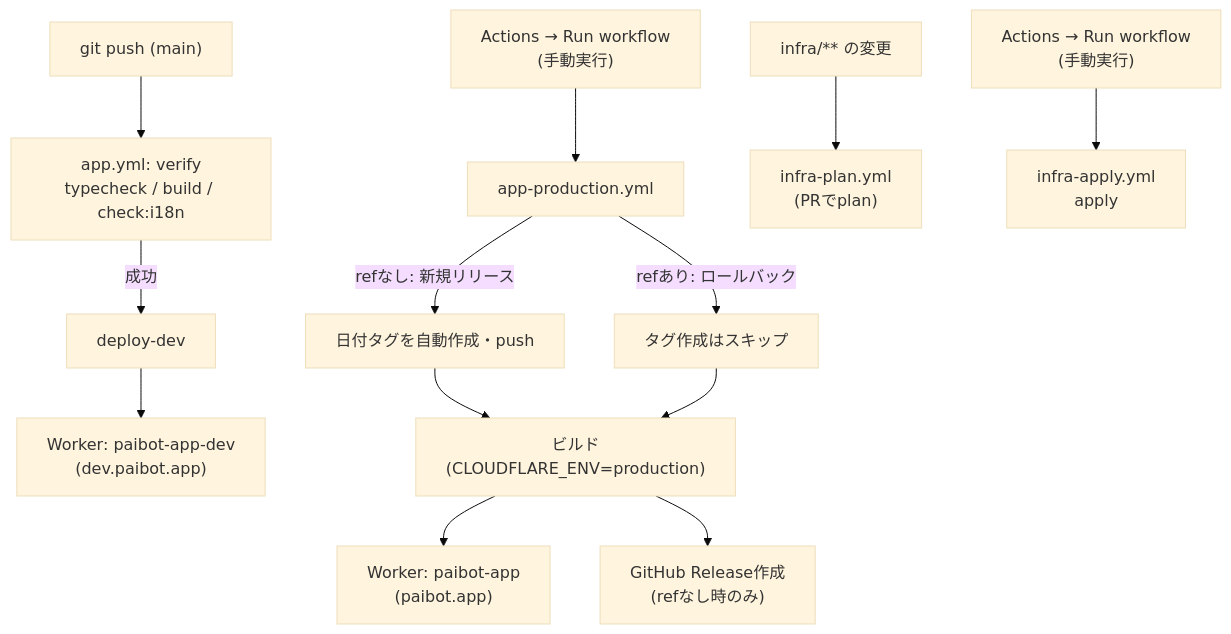
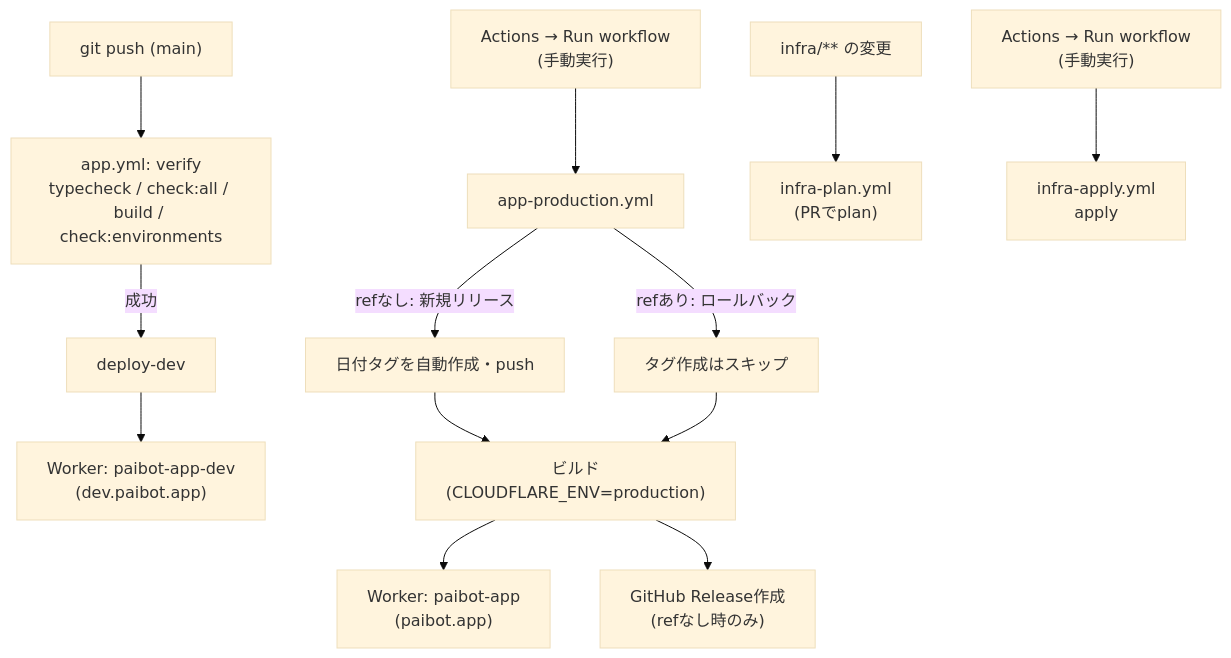
The second of 2 diagrams in docs/architecture.md (paibot-hq/paibot-app), drawn with Mermaid (base theme) before and after one commit. The commit also changed other lines of this file and 24 other files, not shown here.

First line of the commit message:
Run standalone checks through check:all and derive smoke expectations

````diff
--- a/docs/architecture.md
+++ b/docs/architecture.md
@@ -64,17 +64,17 @@
 ```mermaid
 flowchart TD
-    Push["git push (main)"] --> Verify["app.yml: verify\ntypecheck / build / check:i18n"]
+    Push["git push (main)"] --> Verify["app.yml: verify\ntypecheck / check:all / build / check:environments"]
     Verify -- 成功 --> DeployDev["deploy-dev"]
     DeployDev --> WorkerDev["Worker: paibot-app-dev\n(dev.paibot.app)"]
 
     Manual["Actions → Run workflow\n(手動実行)"] --> ProdJob["app-production.yml"]
     ProdJob -- "refなし: 新規リリース" --> Tag["日付タグを自動作成・push"]
     ProdJob -- "refあり: ロールバック" --> Skip["タグ作成はスキップ"]
     Tag --> BuildProd["ビルド(CLOUDFLARE_ENV=production)"]
     Skip --> BuildProd
     BuildProd --> WorkerProd["Worker: paibot-app\n(paibot.app)"]
     BuildProd --> Release["GitHub Release作成\n(refなし時のみ)"]
 
     InfraPush["infra/** の変更"] --> InfraPlan["infra-plan.yml\n(PRでplan)"]
     InfraApply["Actions → Run workflow\n(手動実行)"] --> InfraApplyJob["infra-apply.yml\napply"]
 ```
````
